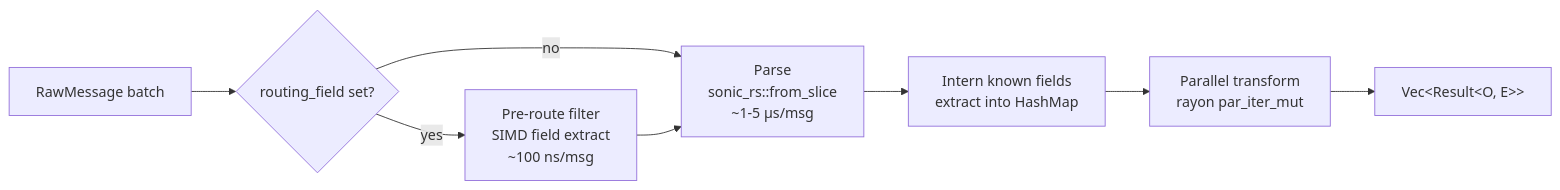
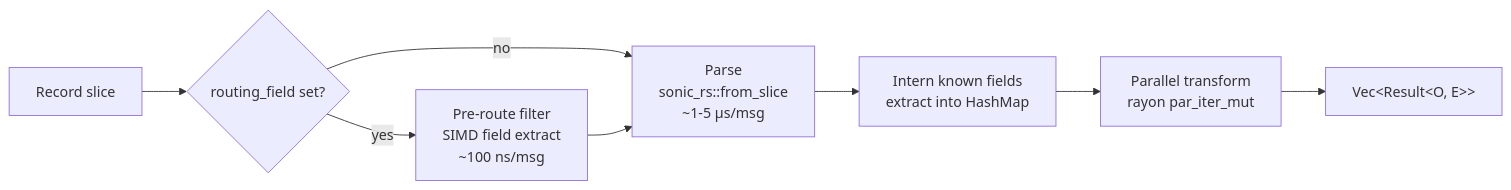
One commit to hyperi-io/scalo-rs changed the diagram in docs/pipeline/batch-engine.md. Above: the diagram before and after it, drawn with Mermaid. The commit also changed other lines of this file and 15 other files, not shown here.

````diff
--- a/docs/pipeline/batch-engine.md
+++ b/docs/pipeline/batch-engine.md
@@ -30,10 +29,10 @@
 ```mermaid
 flowchart LR
-    R[RawMessage batch] --> C{routing_field set?}
+    R[Record slice] --> C{routing_field set?}
     C -->|yes| F[Pre-route filter<br/>SIMD field extract<br/>~100 ns/msg]
     C -->|no| P
     F --> P[Parse<br/>sonic_rs::from_slice<br/>~1-5 µs/msg]
     P --> I[Intern known fields<br/>extract into HashMap]
     I --> T[Parallel transform<br/>rayon par_iter_mut]
     T --> O[Vec&lt;Result&lt;O, E&gt;&gt;]
 ```
````
